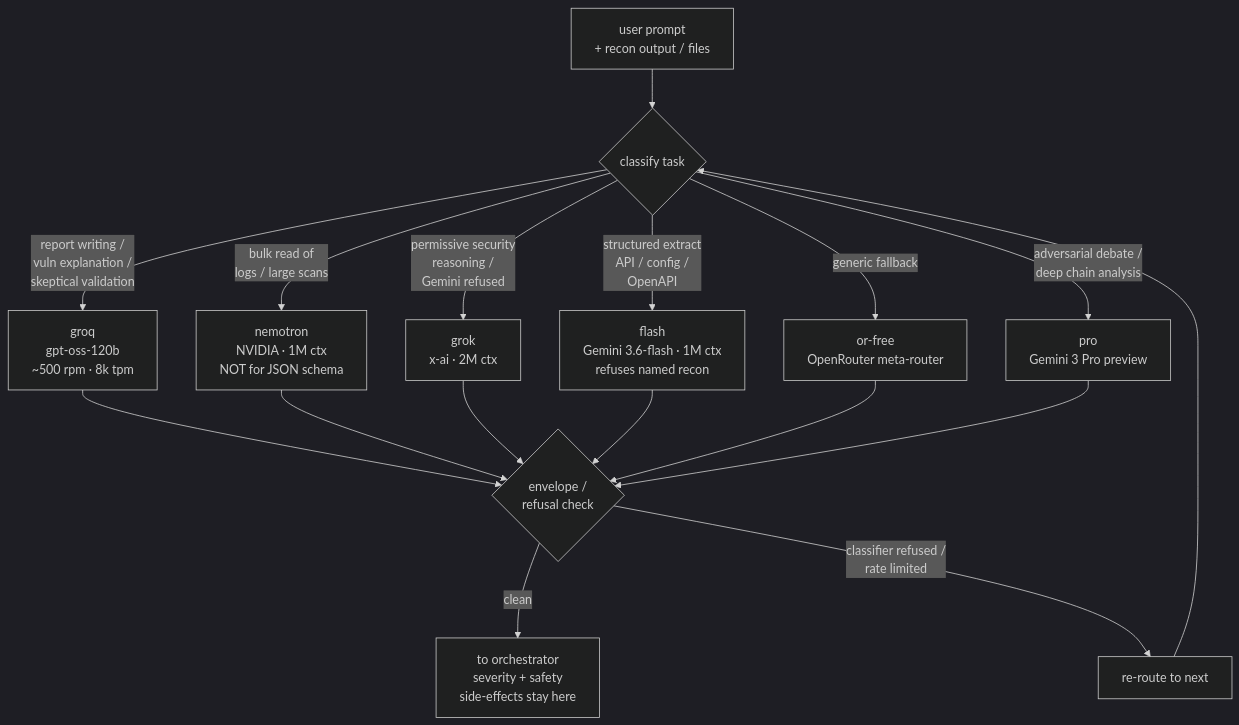
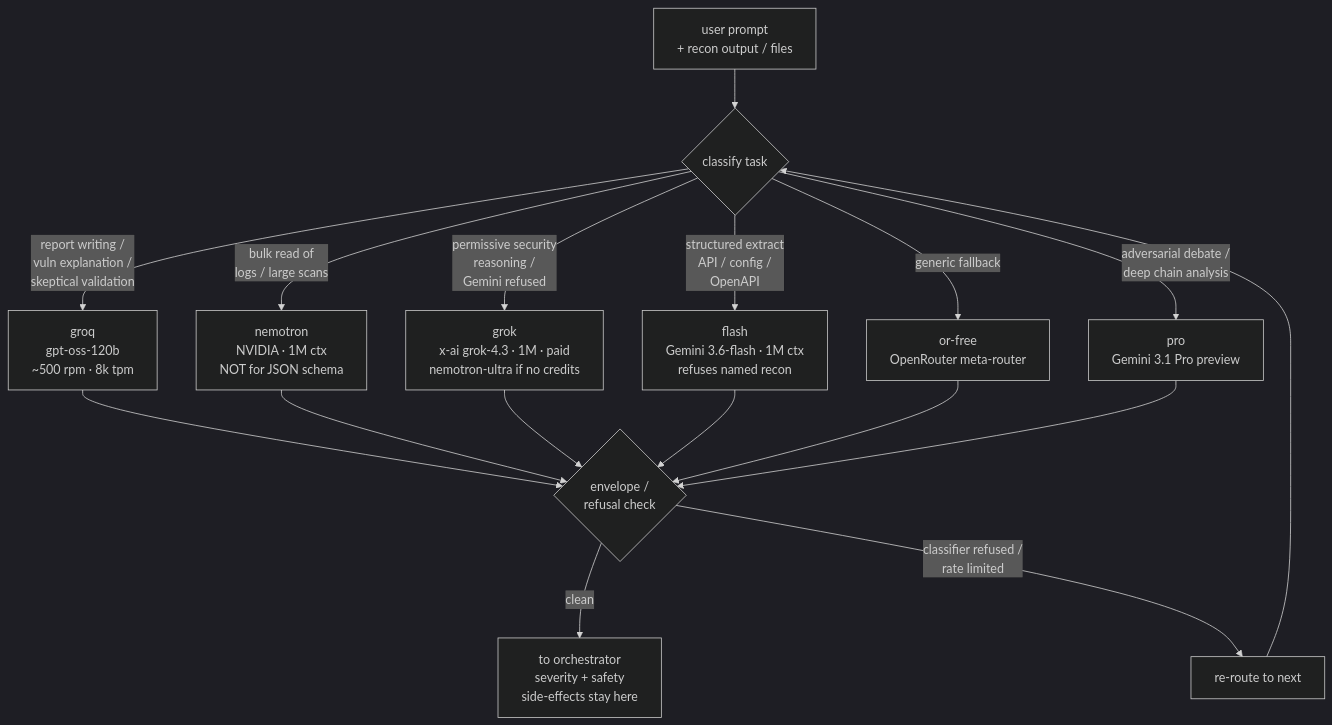
Before and after one commit to Darxbloo/sauron: the first of 2 diagrams in README.md, drawn with Mermaid (dark theme). The commit also changed other lines of this file and 5 other files, not shown here.

````diff
--- a/README.md
+++ b/README.md
@@ -38,14 +38,14 @@
 ```mermaid
 flowchart TD
     U[user prompt<br/>+ recon output / files] --> R{classify task}
     R -->|report writing /<br/>vuln explanation /<br/>skeptical validation| GRQ[groq<br/>gpt-oss-120b<br/>~500 rpm · 8k tpm]
     R -->|bulk read of<br/>logs / large scans| NEM[nemotron<br/>NVIDIA · 1M ctx<br/>NOT for JSON schema]
-    R -->|permissive security<br/>reasoning /<br/>Gemini refused| GRK[grok<br/>x-ai · 2M ctx]
+    R -->|permissive security<br/>reasoning /<br/>Gemini refused| GRK[grok<br/>x-ai grok-4.3 · 1M · paid<br/>nemotron-ultra if no credits]
     R -->|structured extract<br/>API / config /<br/>OpenAPI| FLS[flash<br/>Gemini 3.6-flash · 1M ctx<br/>refuses named recon]
     R -->|generic fallback| ORF[or-free<br/>OpenRouter meta-router]
-    R -->|adversarial debate /<br/>deep chain analysis| PRO[pro<br/>Gemini 3 Pro preview]
+    R -->|adversarial debate /<br/>deep chain analysis| PRO[pro<br/>Gemini 3.1 Pro preview]
     GRQ & NEM & GRK & FLS & ORF & PRO --> V{envelope /<br/>refusal check}
     V -->|clean| OUT[to orchestrator<br/>severity + safety<br/>side-effects stay here]
     V -->|classifier refused /<br/>rate limited| RT[re-route to next]
     RT --> R
 ```
````
